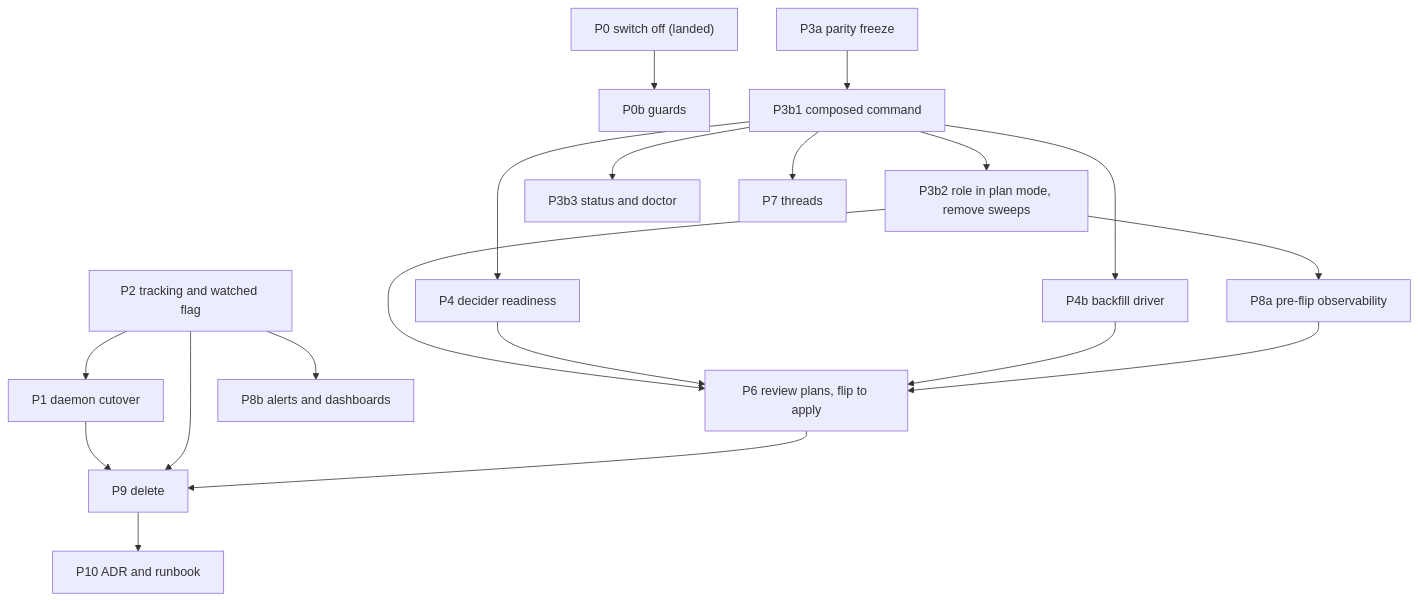
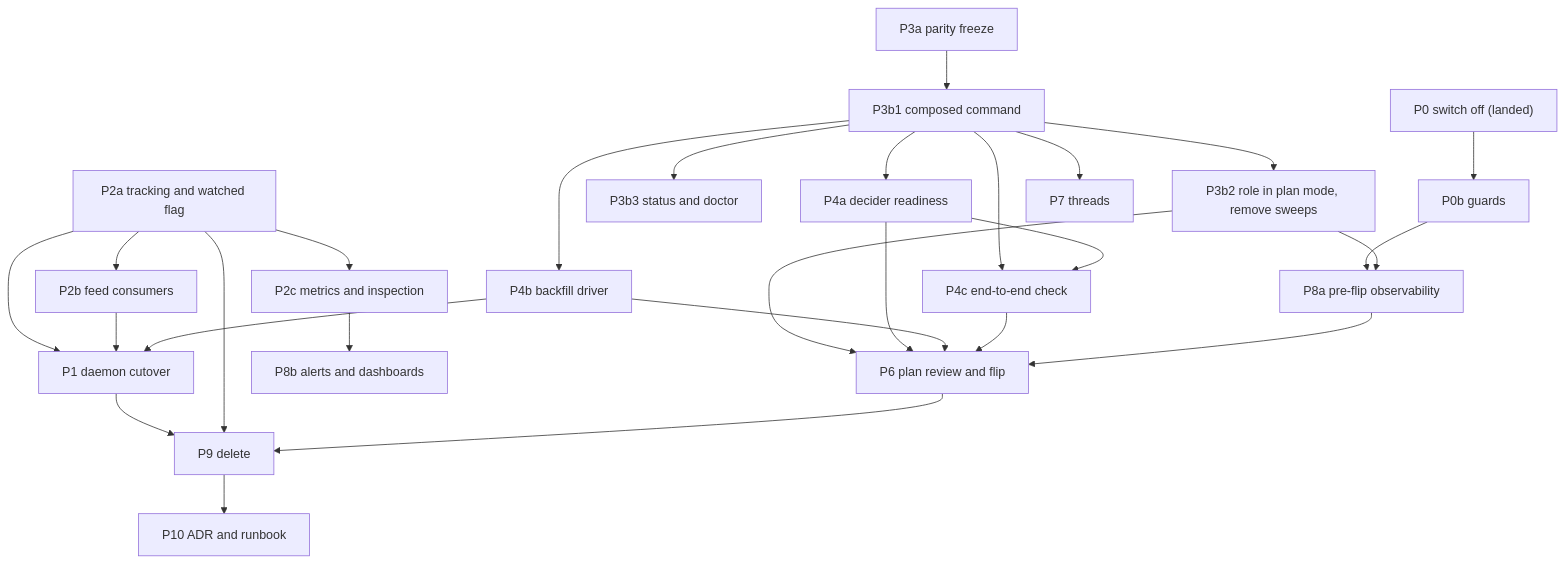
The second of 2 diagrams in docs/superpowers/specs/2026-10-20-pr-lane-refactor-design.md (phillipgreenii/nix-agent-support), drawn with Mermaid before and after one commit. The commit also changed other lines of this file, not shown here.

First line of the commit message:
docs: PR lane refactor design v5, flip procedure, review rule and alert transport (pg2-6mo45.2)

````diff
--- a/docs/superpowers/specs/2026-10-20-pr-lane-refactor-design.md
+++ b/docs/superpowers/specs/2026-10-20-pr-lane-refactor-design.md
@@ -581,21 +692,29 @@
 ```mermaid
 flowchart TD
   P0["P0 switch off (landed)"] --> P0b["P0b guards"]
+  P0b --> P8a
   P3a["P3a parity freeze"] --> P3b1["P3b1 composed command"]
   P3b1 --> P3b2["P3b2 role in plan mode, remove sweeps"]
   P3b1 --> P3b3["P3b3 status and doctor"]
-  P3b1 --> P4["P4 decider readiness"]
+  P3b1 --> P4a["P4a decider readiness"]
   P3b1 --> P4b["P4b backfill driver"]
+  P3b1 --> P4c["P4c end-to-end check"]
+  P4a --> P4c
   P3b2 --> P8a["P8a pre-flip observability"]
-  P3b2 --> P6["P6 review plans, flip to apply"]
-  P4 --> P6
+  P3b2 --> P6["P6 plan review and flip"]
+  P4a --> P6
   P4b --> P6
+  P4c --> P6
   P8a --> P6
-  P2["P2 tracking and watched flag"] --> P1["P1 daemon cutover"]
-  P2 --> P8b["P8b alerts and dashboards"]
+  P2a["P2a tracking and watched flag"] --> P2b["P2b feed consumers"]
+  P2a --> P2c["P2c metrics and inspection"]
+  P2a --> P1["P1 daemon cutover"]
+  P2b --> P1
+  P4b --> P1
+  P2c --> P8b["P8b alerts and dashboards"]
   P1 --> P9["P9 delete"]
-  P2 --> P9
+  P2a --> P9
   P6 --> P9
   P3b1 --> P7["P7 threads"]
   P9 --> P10["P10 ADR and runbook"]
 ```
````
